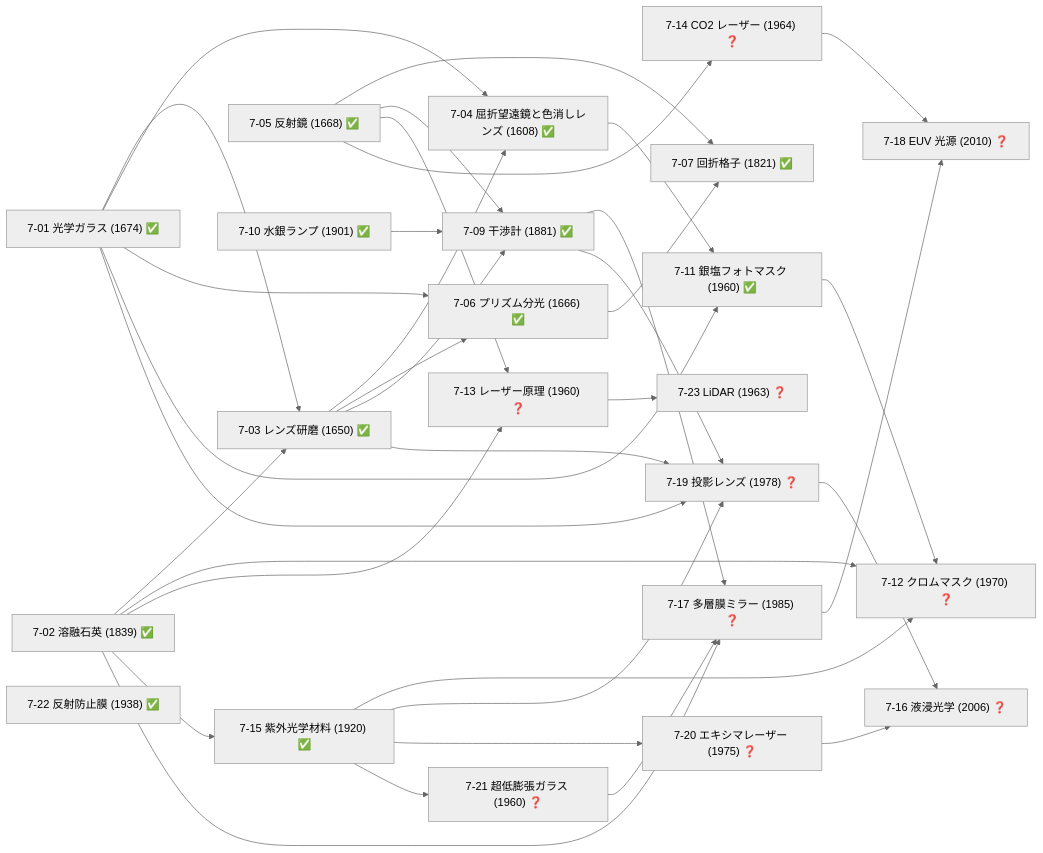
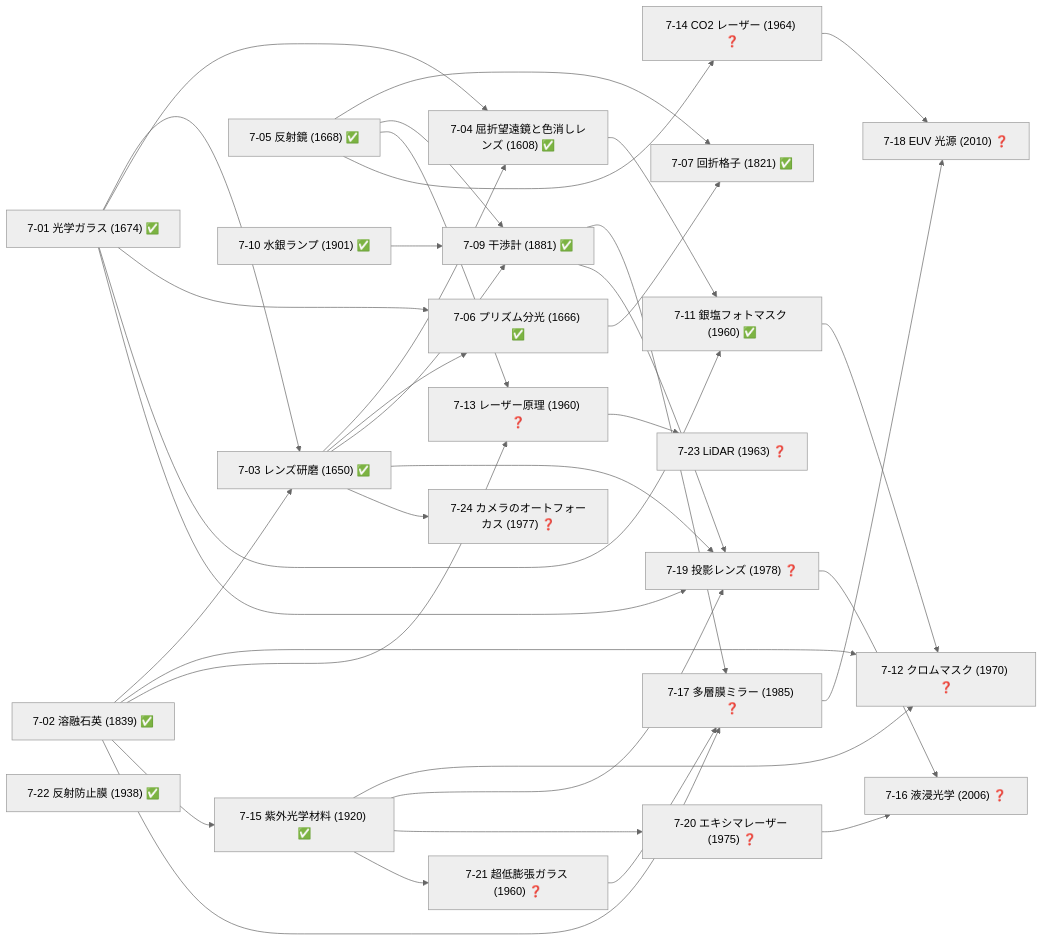
One commit to taku3i0317-collab/semiconductor-lab changed the tenth of 19 diagrams in docs/TECH_TREE_VIEW.md. Above: the diagram before and after it, drawn with Mermaid (neutral theme). The commit also changed other lines of this file and 13 other files, not shown here.

````diff
--- a/docs/TECH_TREE_VIEW.md
+++ b/docs/TECH_TREE_VIEW.md
@@ -476,59 +482,61 @@
 ```mermaid
 graph LR
   n7_01["7-01 光学ガラス (1674) ✅"]
   n7_02["7-02 溶融石英 (1839) ✅"]
   n7_03["7-03 レンズ研磨 (1650) ✅"]
   n7_04["7-04 屈折望遠鏡と色消しレンズ (1608) ✅"]
   n7_05["7-05 反射鏡 (1668) ✅"]
   n7_06["7-06 プリズム分光 (1666) ✅"]
   n7_07["7-07 回折格子 (1821) ✅"]
   n7_09["7-09 干渉計 (1881) ✅"]
   n7_10["7-10 水銀ランプ (1901) ✅"]
   n7_11["7-11 銀塩フォトマスク (1960) ✅"]
   n7_12["7-12 クロムマスク (1970) ❓"]
   n7_13["7-13 レーザー原理 (1960) ❓"]
   n7_14["7-14 CO2 レーザー (1964) ❓"]
   n7_15["7-15 紫外光学材料 (1920) ✅"]
   n7_16["7-16 液浸光学 (2006) ❓"]
   n7_17["7-17 多層膜ミラー (1985) ❓"]
   n7_18["7-18 EUV 光源 (2010) ❓"]
   n7_19["7-19 投影レンズ (1978) ❓"]
   n7_20["7-20 エキシマレーザー (1975) ❓"]
   n7_21["7-21 超低膨張ガラス (1960) ❓"]
   n7_22["7-22 反射防止膜 (1938) ✅"]
   n7_23["7-23 LiDAR (1963) ❓"]
+  n7_24["7-24 カメラのオートフォーカス (1977) ❓"]
   n7_01-->n7_03
   n7_02-->n7_03
   n7_01-->n7_04
   n7_03-->n7_04
   n7_01-->n7_06
   n7_03-->n7_06
   n7_05-->n7_07
   n7_06-->n7_07
   n7_03-->n7_09
   n7_05-->n7_09
   n7_10-->n7_09
   n7_01-->n7_11
   n7_04-->n7_11
   n7_02-->n7_12
   n7_11-->n7_12
   n7_15-->n7_12
   n7_02-->n7_13
   n7_05-->n7_13
   n7_05-->n7_14
   n7_02-->n7_15
   n7_19-->n7_16
   n7_20-->n7_16
   n7_02-->n7_17
   n7_09-->n7_17
   n7_21-->n7_17
   n7_14-->n7_18
   n7_17-->n7_18
   n7_01-->n7_19
   n7_03-->n7_19
   n7_09-->n7_19
   n7_15-->n7_19
   n7_15-->n7_20
   n7_15-->n7_21
   n7_13-->n7_23
+  n7_03-->n7_24
 ```
````
